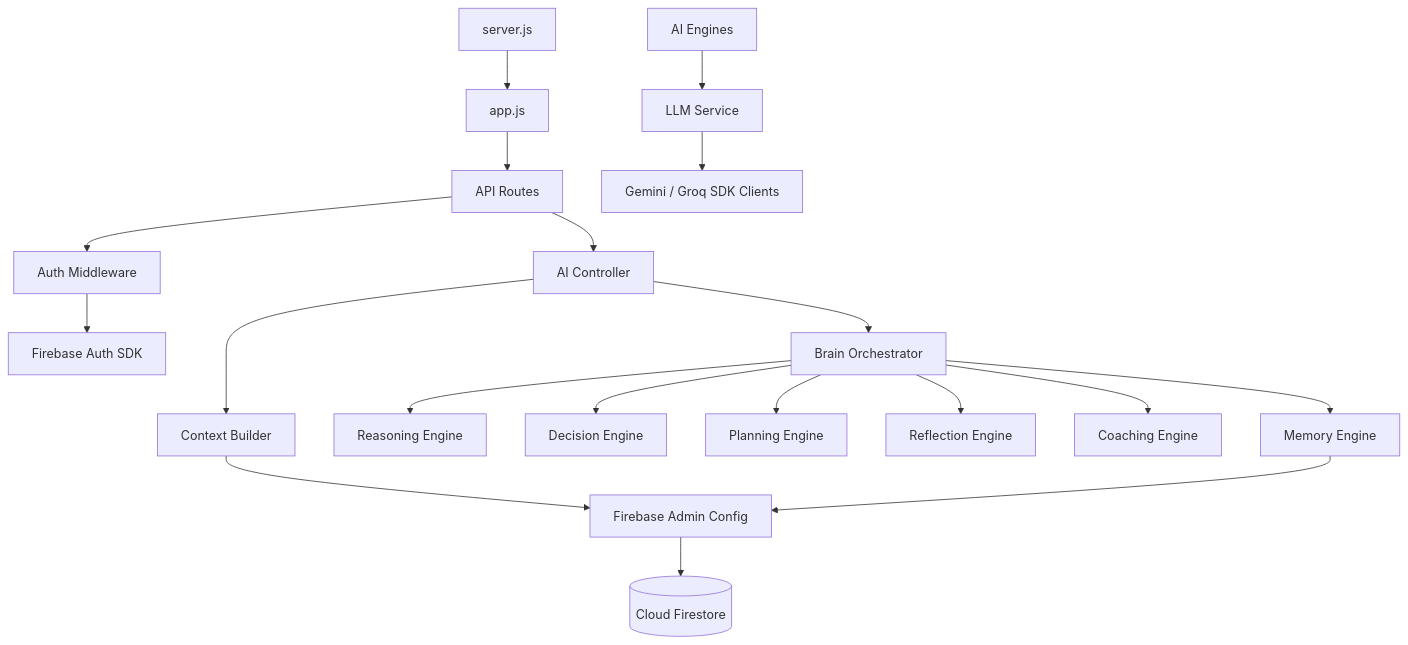
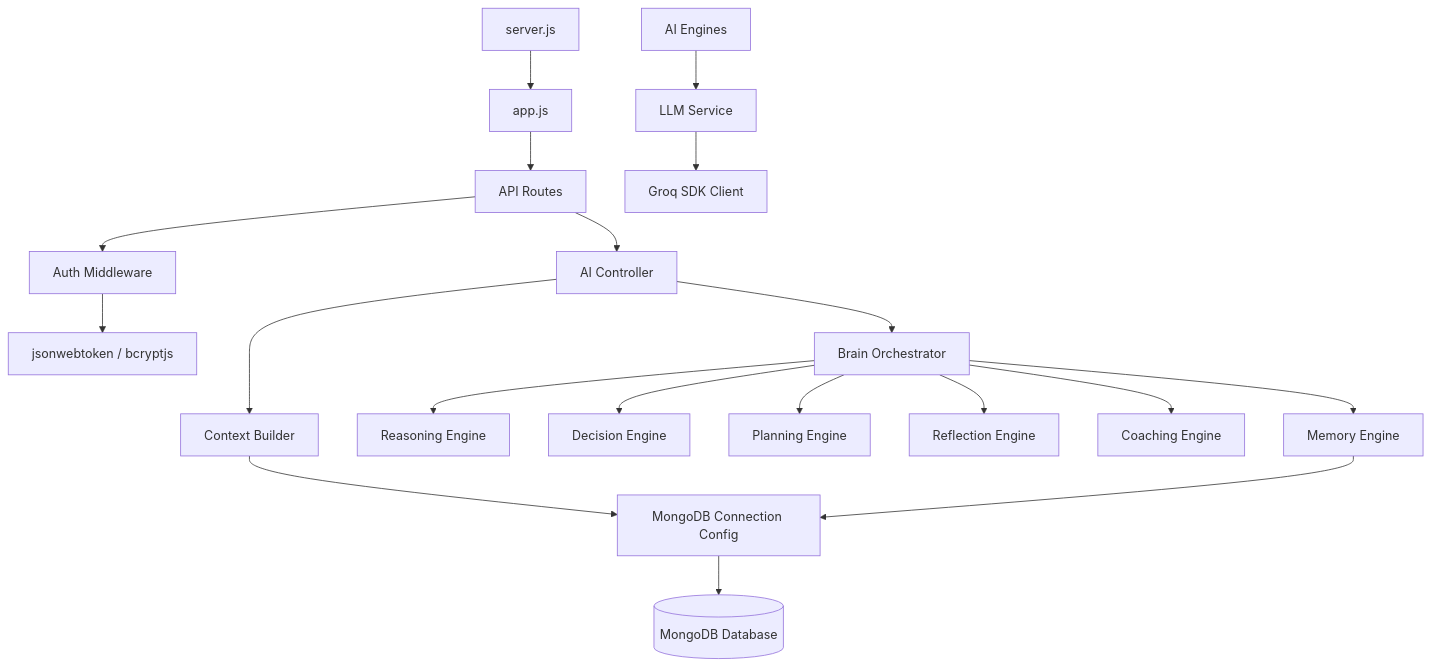
Before and after one commit to Nitish-0710/vibe2ship-momentum: the fourth of 7 diagrams in README.md, drawn with Mermaid. The commit also changed other lines of this file, not shown here.

Commit message:
docs: update README.md to document the MongoDB + Groq infrastructure migration

````diff
--- a/README.md
+++ b/README.md
@@ -211,23 +235,23 @@
 ```mermaid
 graph TD
     Server[server.js] --> App[app.js]
     App --> Routes[API Routes]
     Routes --> AuthMiddleware[Auth Middleware]
-    AuthMiddleware --> FirebaseAuth[Firebase Auth SDK]
+    AuthMiddleware --> JWTAuth[jsonwebtoken / bcryptjs]
     Routes --> AIController[AI Controller]
     AIController --> ContextBuilder[Context Builder]
     AIController --> Orchestrator[Brain Orchestrator]
     Orchestrator --> ReasoningEngine[Reasoning Engine]
     Orchestrator --> DecisionEngine[Decision Engine]
     Orchestrator --> PlanningEngine[Planning Engine]
     Orchestrator --> ReflectionEngine[Reflection Engine]
     Orchestrator --> CoachingEngine[Coaching Engine]
     Orchestrator --> MemoryEngine[Memory Engine]
     
     Engines[AI Engines] --> LLMService[LLM Service]
-    LLMService --> LLMSDKs[Gemini / Groq SDK Clients]
+    LLMService --> GroqSDK[Groq SDK Client]
     
-    ContextBuilder --> FirebaseConfig[Firebase Admin Config]
-    MemoryEngine --> FirebaseConfig
-    FirebaseConfig --> Firestore[(Cloud Firestore)]
+    ContextBuilder --> DBConfig[MongoDB Connection Config]
+    MemoryEngine --> DBConfig
+    DBConfig --> MongoDB[(MongoDB Database)]
 ```
````
